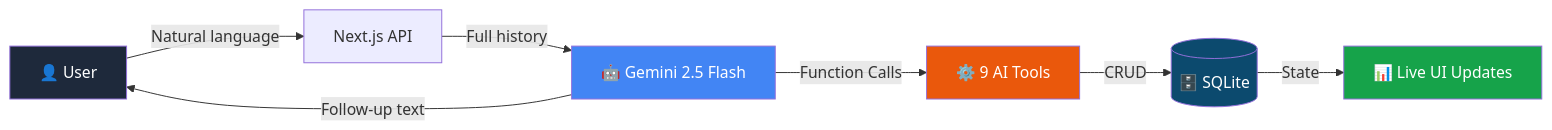
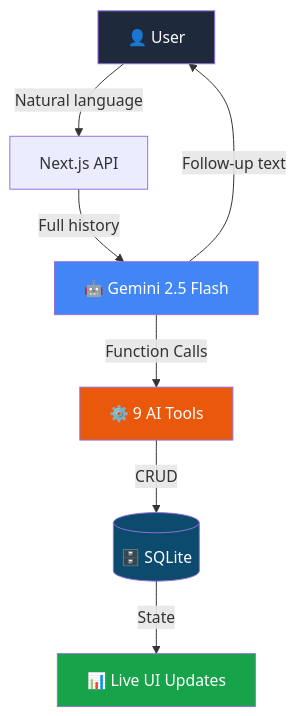
Before and after one commit to itsdivyanshuno/deadClock: the first of 2 diagrams in README.md, drawn with Mermaid. The commit also changed other lines of this file and 1 other file, not shown here.

First line of the commit message:
docs: heading icon + Mermaid/Vibe2Ship polish for Vibe2Ship 2026 submission

````diff
--- a/README.md
+++ b/README.md
@@ -47,15 +47,15 @@
 ```mermaid
-graph LR
+graph TD
     A[👤 User] -->|Natural language| B[Next.js API]
     B -->|Full history| C[🤖 Gemini 2.5 Flash]
     C -->|Function Calls| D[⚙️ 9 AI Tools]
     D -->|CRUD| E[(🗄️ SQLite)]
     E -->|State| F[📊 Live UI Updates]
     C -->|Follow-up text| A
 
     style A fill:#1e293b,color:#fff
     style C fill:#4285F4,color:#fff
     style D fill:#EA580C,color:#fff
     style E fill:#0c4a6e,color:#fff
     style F fill:#16a34a,color:#fff
 ```
````
